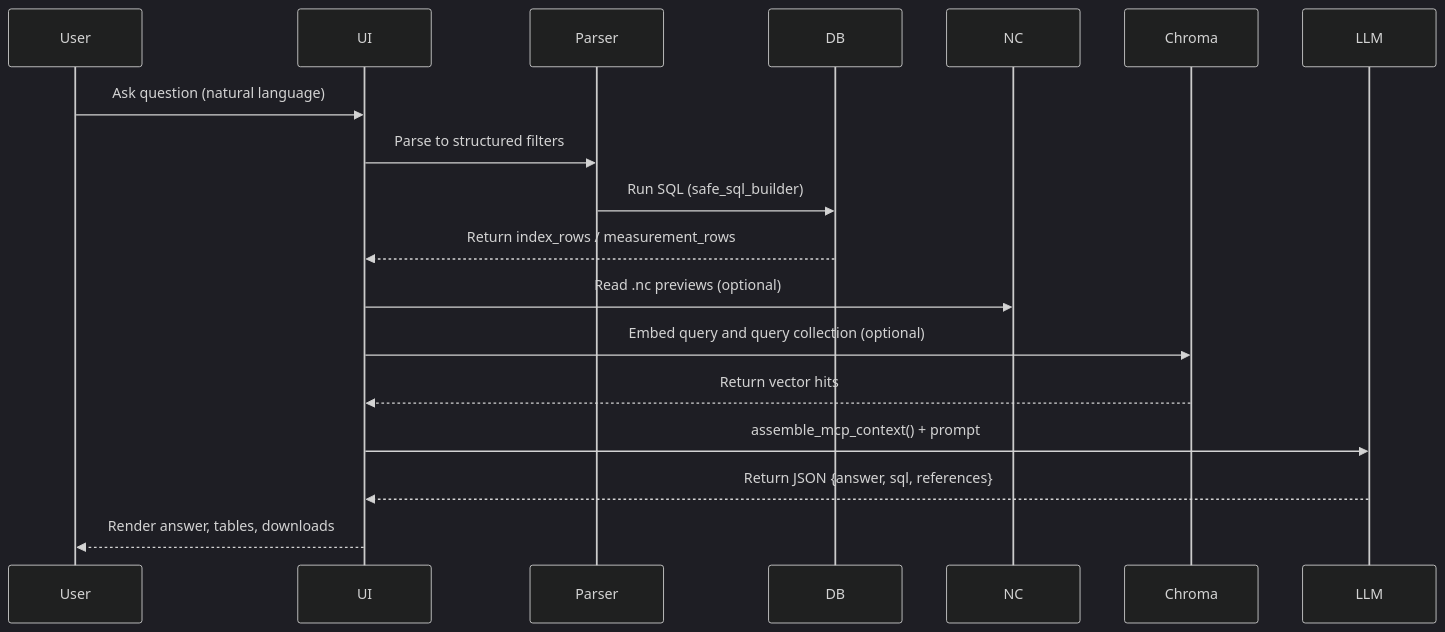
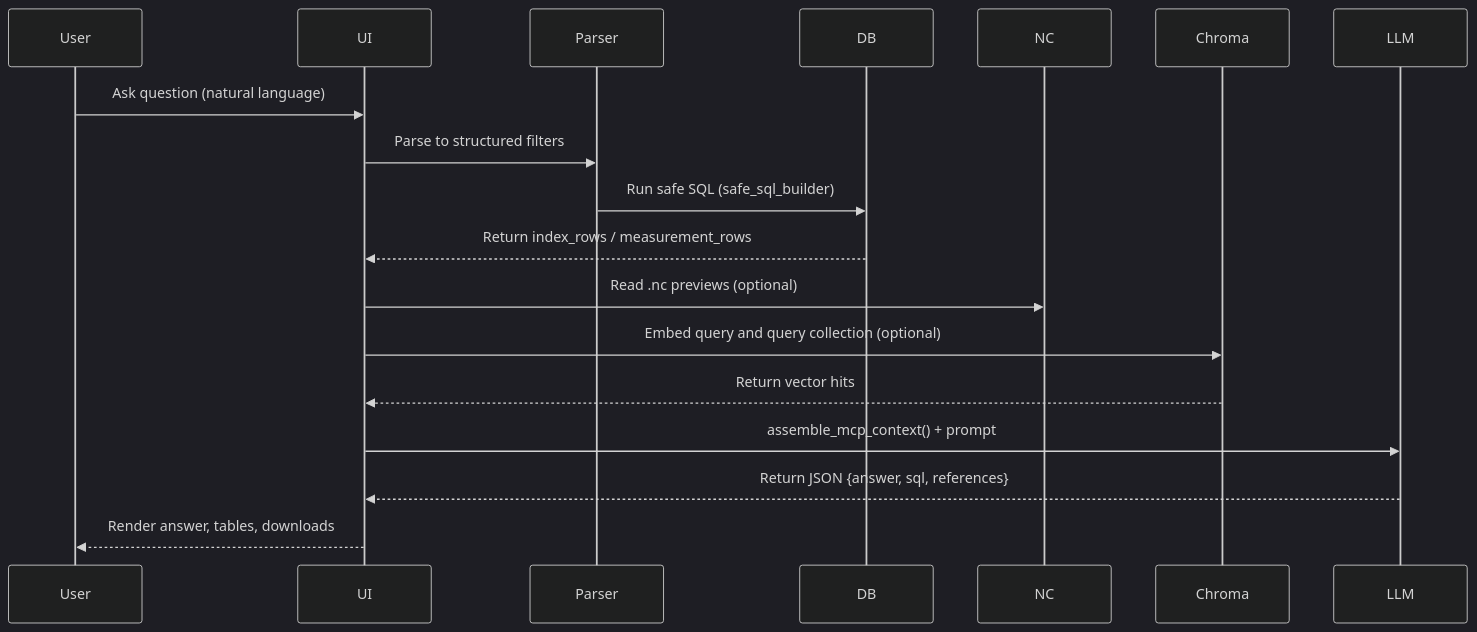
The second of 3 diagrams in README.md (ayushaks999/OceanForge_AI), drawn with Mermaid (dark theme) before and after one commit. The commit also changed other lines of this file, not shown here.

````diff
--- a/README.md
+++ b/README.md
@@ -263,21 +134,21 @@
 ```mermaid
 sequenceDiagram
   participant User
   participant UI
   participant Parser
   participant DB
   participant NC
   participant Chroma
   participant LLM
 
   User->>UI: Ask question (natural language)
   UI->>Parser: Parse to structured filters
-  Parser->>DB: Run SQL (safe_sql_builder)
+  Parser->>DB: Run safe SQL (safe_sql_builder)
   DB-->>UI: Return index_rows / measurement_rows
   UI->>NC: Read .nc previews (optional)
   UI->>Chroma: Embed query and query collection (optional)
   Chroma-->>UI: Return vector hits
   UI->>LLM: assemble_mcp_context() + prompt
   LLM-->>UI: Return JSON {answer, sql, references}
   UI-->>User: Render answer, tables, downloads
 ```
````
